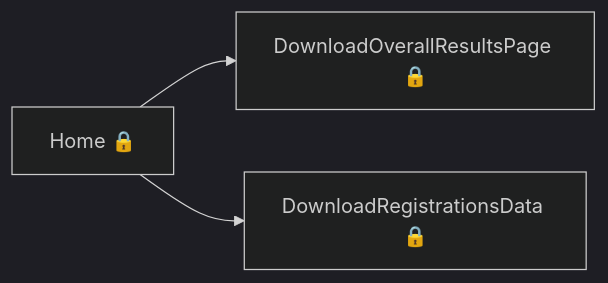
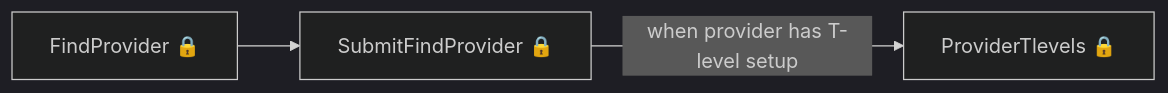
The eighth of 9 diagrams in tl-results-and-certification/user-journeys/user-journeys.md (talentconsulting/atlas-dfe), drawn with Mermaid (dark theme) before and after one commit. The commit also changed other lines of this file and 6 other files, not shown here.

````diff
--- a/tl-results-and-certification/user-journeys/user-journeys.md
+++ b/tl-results-and-certification/user-journeys/user-journeys.md
@@ -136,5 +111,5 @@
 ```mermaid
 flowchart LR
-  p0["Home 🔒"] --> p1["DownloadOverallResultsPage 🔒"]
-  p0["Home 🔒"] --> p2["DownloadRegistrationsData 🔒"]
+  p0["FindProvider 🔒"] --> p1["SubmitFindProvider 🔒"]
+  p1["SubmitFindProvider 🔒"] -->|"when provider has T-level setup"| p2["ProviderTlevels 🔒"]
 ```
````
